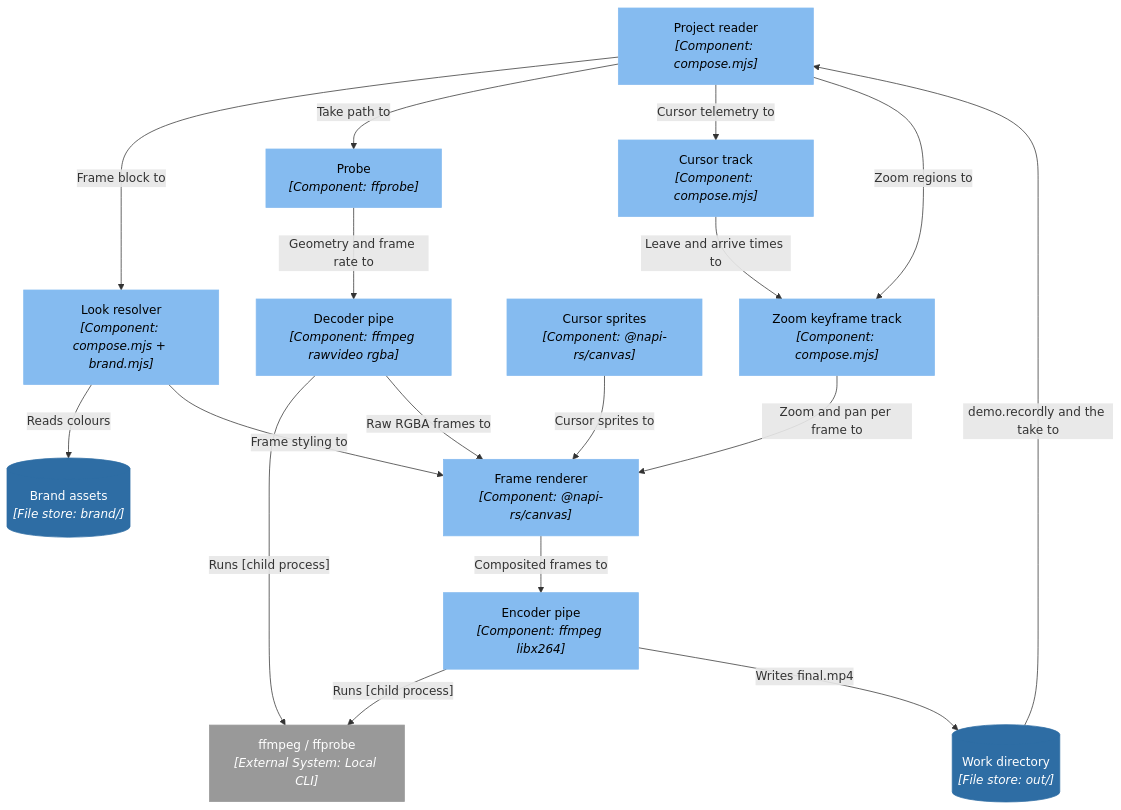
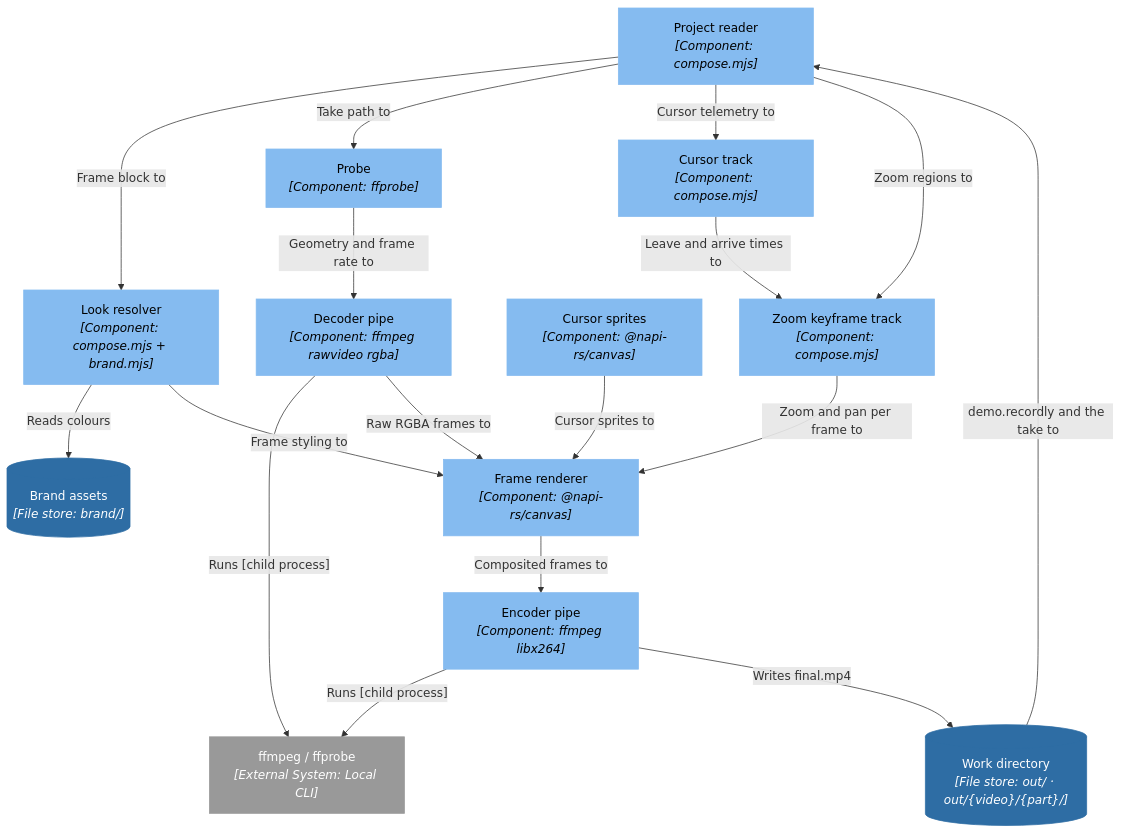
Before and after one commit to ssunduko/product-video: the eighth of 13 diagrams in docs/C4.md, drawn with Mermaid. The commit also changed other lines of this file and 21 other files, not shown here.

````diff
--- a/docs/C4.md
+++ b/docs/C4.md
@@ -500,40 +552,40 @@
 ```mermaid
 flowchart TD
-  n64["Project reader<br/><i>[Component: compose.mjs]</i>"]
-  n65["Look resolver<br/><i>[Component: compose.mjs + brand.mjs]</i>"]
-  n66["Probe<br/><i>[Component: ffprobe]</i>"]
-  n67["Cursor track<br/><i>[Component: compose.mjs]</i>"]
-  n68["Zoom keyframe track<br/><i>[Component: compose.mjs]</i>"]
-  n69["Cursor sprites<br/><i>[Component: @napi-rs/canvas]</i>"]
-  n70["Frame renderer<br/><i>[Component: @napi-rs/canvas]</i>"]
-  n71["Decoder pipe<br/><i>[Component: ffmpeg rawvideo rgba]</i>"]
-  n72["Encoder pipe<br/><i>[Component: ffmpeg libx264]</i>"]
-  n21[("Work directory<br/><i>[File store: out/]</i>")]
-  n20[("Brand assets<br/><i>[File store: brand/]</i>")]
+  n72["Project reader<br/><i>[Component: compose.mjs]</i>"]
+  n73["Look resolver<br/><i>[Component: compose.mjs + brand.mjs]</i>"]
+  n74["Probe<br/><i>[Component: ffprobe]</i>"]
+  n75["Cursor track<br/><i>[Component: compose.mjs]</i>"]
+  n76["Zoom keyframe track<br/><i>[Component: compose.mjs]</i>"]
+  n77["Cursor sprites<br/><i>[Component: @napi-rs/canvas]</i>"]
+  n78["Frame renderer<br/><i>[Component: @napi-rs/canvas]</i>"]
+  n79["Decoder pipe<br/><i>[Component: ffmpeg rawvideo rgba]</i>"]
+  n80["Encoder pipe<br/><i>[Component: ffmpeg libx264]</i>"]
+  n22[("Work directory<br/><i>[File store: out/ · out/{video}/{part}/]</i>")]
+  n21[("Brand assets<br/><i>[File store: brand/]</i>")]
   n5["ffmpeg / ffprobe<br/><i>[External System: Local CLI]</i>"]
-  n21 -->|"demo.recordly and the take to"| n64
-  n65 -->|"Reads colours"| n20
-  n64 -->|"Frame block to"| n65
-  n64 -->|"Take path to"| n66
-  n64 -->|"Cursor telemetry to"| n67
-  n64 -->|"Zoom regions to"| n68
-  n67 -->|"Leave and arrive times to"| n68
-  n66 -->|"Geometry and frame rate to"| n71
-  n71 -->|"Runs [child process]"| n5
-  n71 -->|"Raw RGBA frames to"| n70
-  n68 -->|"Zoom and pan per frame to"| n70
-  n69 -->|"Cursor sprites to"| n70
-  n65 -->|"Frame styling to"| n70
-  n70 -->|"Composited frames to"| n72
-  n72 -->|"Runs [child process]"| n5
-  n72 -->|"Writes final.mp4"| n21
+  n22 -->|"demo.recordly and the take to"| n72
+  n73 -->|"Reads colours"| n21
+  n72 -->|"Frame block to"| n73
+  n72 -->|"Take path to"| n74
+  n72 -->|"Cursor telemetry to"| n75
+  n72 -->|"Zoom regions to"| n76
+  n75 -->|"Leave and arrive times to"| n76
+  n74 -->|"Geometry and frame rate to"| n79
+  n79 -->|"Runs [child process]"| n5
+  n79 -->|"Raw RGBA frames to"| n78
+  n76 -->|"Zoom and pan per frame to"| n78
+  n77 -->|"Cursor sprites to"| n78
+  n73 -->|"Frame styling to"| n78
+  n78 -->|"Composited frames to"| n80
+  n80 -->|"Runs [child process]"| n5
+  n80 -->|"Writes final.mp4"| n22
   classDef person fill:#08427b,stroke:#08427b,color:#ffffff;
   classDef system fill:#1168bd,stroke:#1168bd,color:#ffffff;
   classDef external fill:#999999,stroke:#999999,color:#ffffff;
   classDef container fill:#438dd5,stroke:#438dd5,color:#ffffff;
   classDef store fill:#2e6da4,stroke:#2e6da4,color:#ffffff;
   classDef component fill:#85bbf0,stroke:#85bbf0,color:#000000;
   class n5 external;
-  class n21,n20 store;
-  class n64,n65,n66,n67,n68,n69,n70,n71,n72 component;
+  class n22,n21 store;
+  class n72,n73,n74,n75,n76,n77,n78,n79,n80 component;
 ```
````
